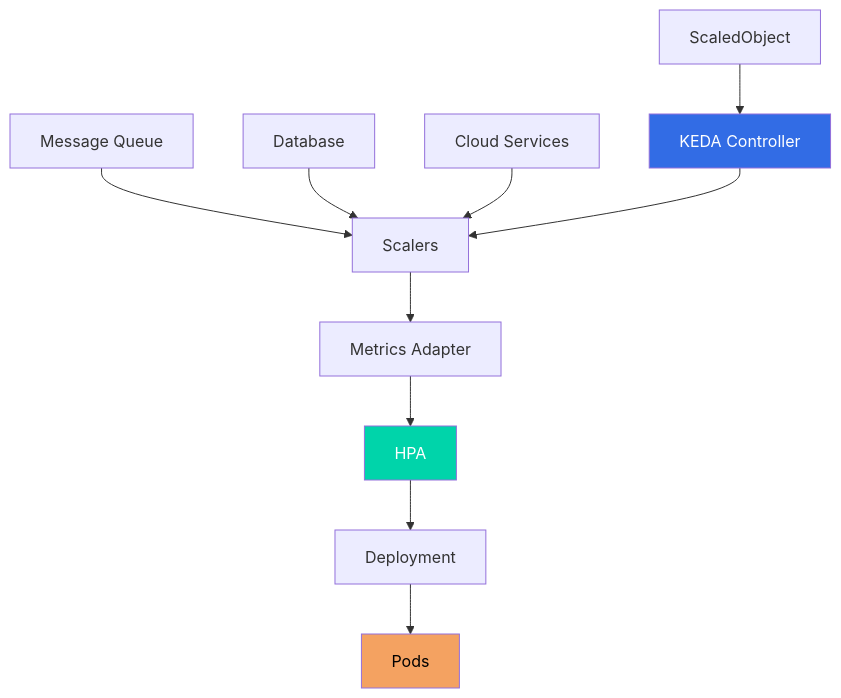
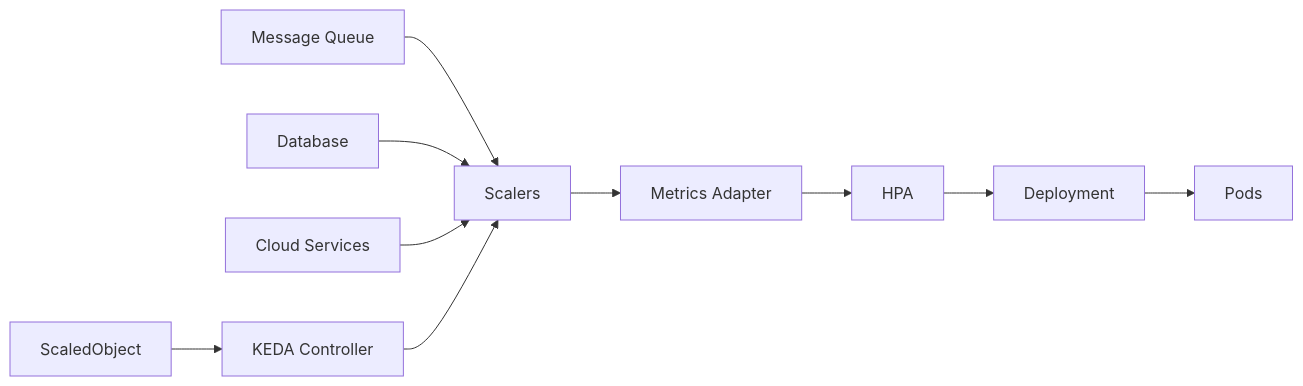
One commit to jayeshjd555/Kubernetes changed diagram 30 of 33 in README.md. Above: the diagram before and after it, drawn with Mermaid. The commit also changed other lines of this file, not shown here.

Commit message:
update diagram

````diff
--- a/README.md
+++ b/README.md
@@ -11302,16 +11293,12 @@
 ```mermaid
-flowchart TB
-    Queue[Message Queue] --> Scaler[Scalers]
-    DB[Database] --> Scaler
-    Cloud[Cloud Services] --> Scaler
-    Scaler --> MA[Metrics Adapter]
-    SO[ScaledObject] --> KEDACtrl[KEDA Controller]
-    KEDACtrl --> Scaler
-    MA --> HPA[HPA]
-    HPA --> Dep[Deployment]
-    Dep --> Pods[Pods]
-    
-    style KEDACtrl fill:#326ce5,color:#fff
-    style HPA fill:#00d4aa,color:#fff
-    style Pods fill:#f4a261,color:#000
+graph LR
+    A[Message Queue] --> B[Scalers]
+    C[Database] --> B
+    D[Cloud Services] --> B
+    B --> E[Metrics Adapter]
+    F[ScaledObject] --> G[KEDA Controller]
+    G --> B
+    E --> H[HPA]
+    H --> I[Deployment]
+    I --> J[Pods]
 ```
````
